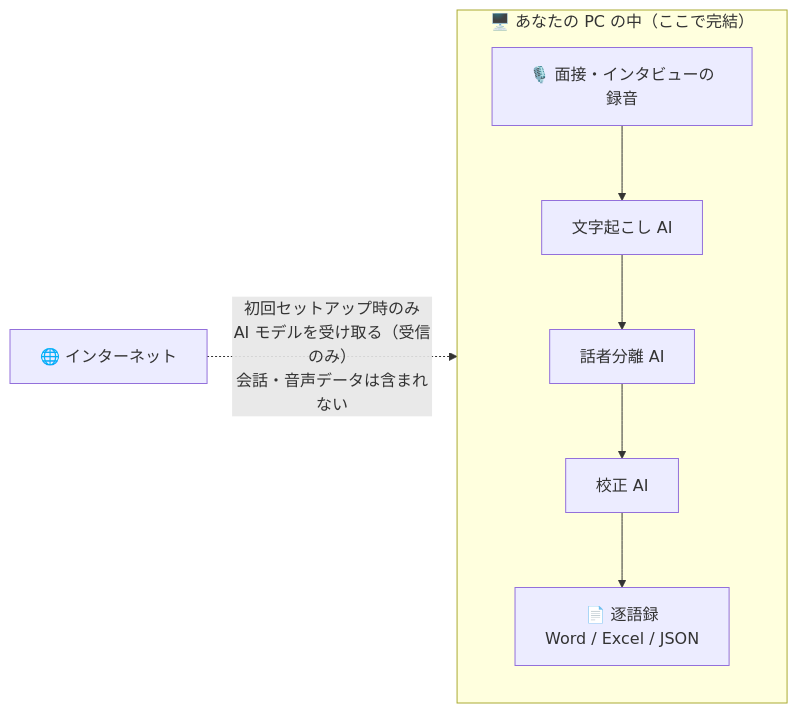
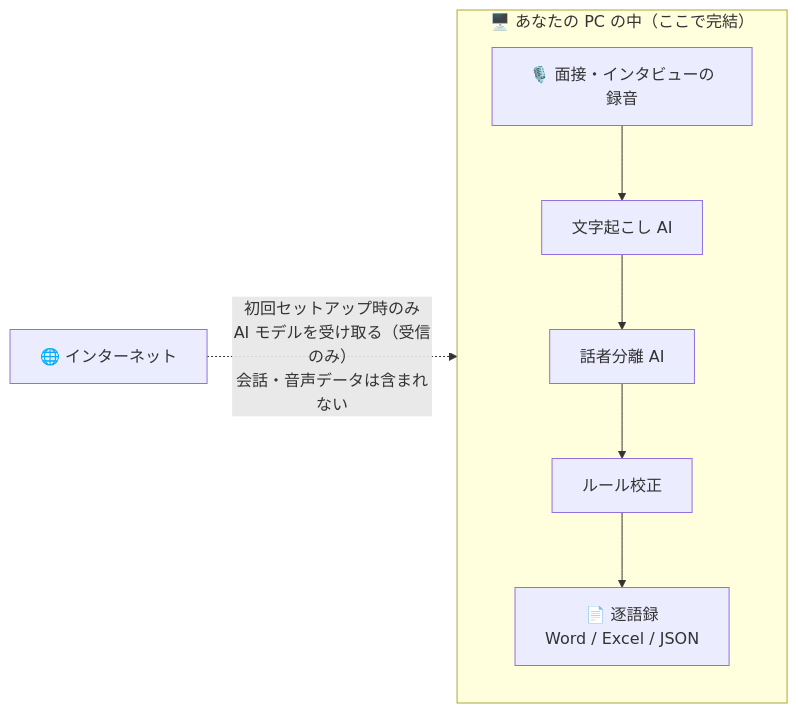
One commit to Hironori-Abe/local-transcription-for-therapy changed the first of 2 diagrams in docs/privacy-guide.md. Above: the diagram before and after it, drawn with Mermaid. The commit also changed other lines of this file and 63 other files, not shown here.

````diff
--- a/docs/privacy-guide.md
+++ b/docs/privacy-guide.md
@@ -13,11 +13,11 @@
 ```mermaid
 flowchart LR
     subgraph PC["🖥️ あなたの PC の中（ここで完結）"]
         direction TB
         REC["🎙️ 面接・インタビューの録音"] --> ASR["文字起こし AI"]
         ASR --> DIA["話者分離 AI"]
-        DIA --> LLM["校正 AI"]
+        DIA --> LLM["ルール校正"]
         LLM --> DOC["📄 逐語録<br>Word / Excel / JSON"]
     end
     NET["🌐 インターネット"] -. "初回セットアップ時のみ<br>AI モデルを受け取る（受信のみ）<br>会話・音声データは含まれない" .-> PC
 ```
````
